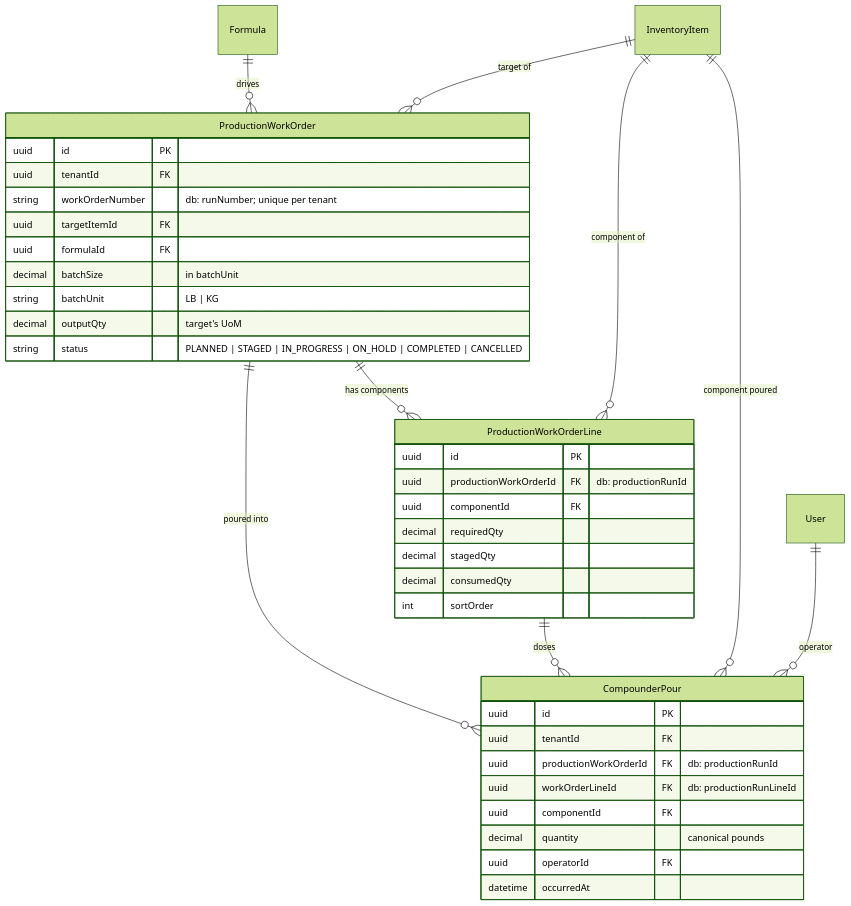
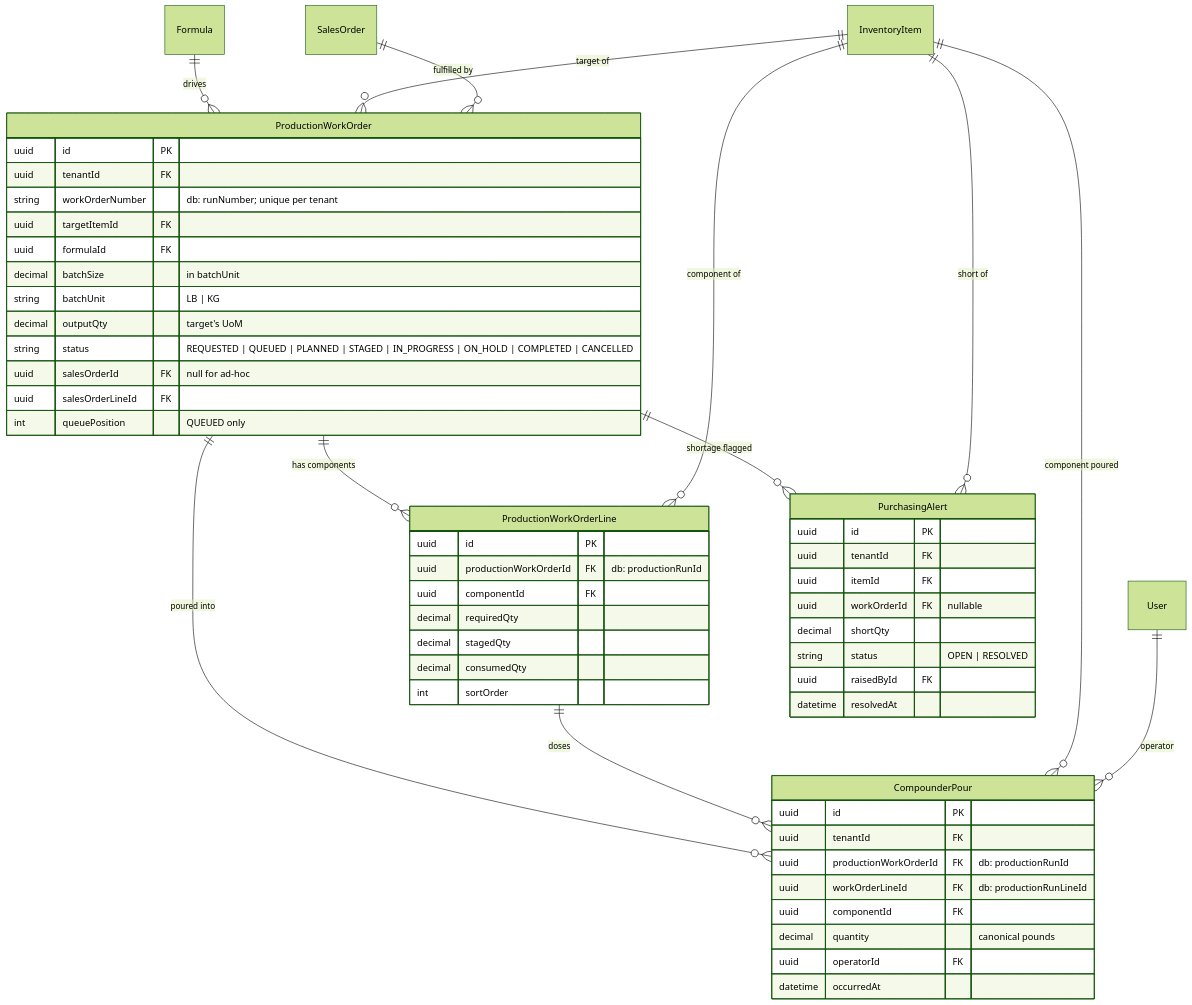
One commit to afi-spencerd/RSM changed the tenth of 13 diagrams in src/schemas.md. Above: the diagram before and after it, drawn with Mermaid (forest theme). The commit also changed other lines of this file and 1 other file, not shown here.

First line of the commit message:
docs: sync FW3 schema + backlog with current fw3 project

````diff
--- a/src/schemas.md
+++ b/src/schemas.md
@@ -448,42 +622,58 @@
 ```mermaid
 erDiagram
   Formula ||--o{ ProductionWorkOrder : "drives"
   InventoryItem ||--o{ ProductionWorkOrder : "target of"
+  SalesOrder ||--o{ ProductionWorkOrder : "fulfilled by"
   ProductionWorkOrder ||--o{ ProductionWorkOrderLine : "has components"
   InventoryItem ||--o{ ProductionWorkOrderLine : "component of"
   ProductionWorkOrder ||--o{ CompounderPour : "poured into"
   ProductionWorkOrderLine ||--o{ CompounderPour : "doses"
   InventoryItem ||--o{ CompounderPour : "component poured"
   User ||--o{ CompounderPour : "operator"
+  ProductionWorkOrder ||--o{ PurchasingAlert : "shortage flagged"
+  InventoryItem ||--o{ PurchasingAlert : "short of"
 
   ProductionWorkOrder {
     uuid id PK
     uuid tenantId FK
     string workOrderNumber "db: runNumber; unique per tenant"
     uuid targetItemId FK
     uuid formulaId FK
     decimal batchSize "in batchUnit"
     string batchUnit "LB | KG"
     decimal outputQty "target's UoM"
-    string status "PLANNED | STAGED | IN_PROGRESS | ON_HOLD | COMPLETED | CANCELLED"
+    string status "REQUESTED | QUEUED | PLANNED | STAGED | IN_PROGRESS | ON_HOLD | COMPLETED | CANCELLED"
+    uuid salesOrderId FK "null for ad-hoc"
+    uuid salesOrderLineId FK
+    int queuePosition "QUEUED only"
   }
   ProductionWorkOrderLine {
     uuid id PK
     uuid productionWorkOrderId FK "db: productionRunId"
     uuid componentId FK
     decimal requiredQty
     decimal stagedQty
     decimal consumedQty
     int sortOrder
   }
   CompounderPour {
     uuid id PK
     uuid tenantId FK
     uuid productionWorkOrderId FK "db: productionRunId"
     uuid workOrderLineId FK "db: productionRunLineId"
     uuid componentId FK
     decimal quantity "canonical pounds"
     uuid operatorId FK
     datetime occurredAt
   }
+  PurchasingAlert {
+    uuid id PK
+    uuid tenantId FK
+    uuid itemId FK
+    uuid workOrderId FK "nullable"
+    decimal shortQty
+    string status "OPEN | RESOLVED"
+    uuid raisedById FK
+    datetime resolvedAt
+  }
 ```
````
